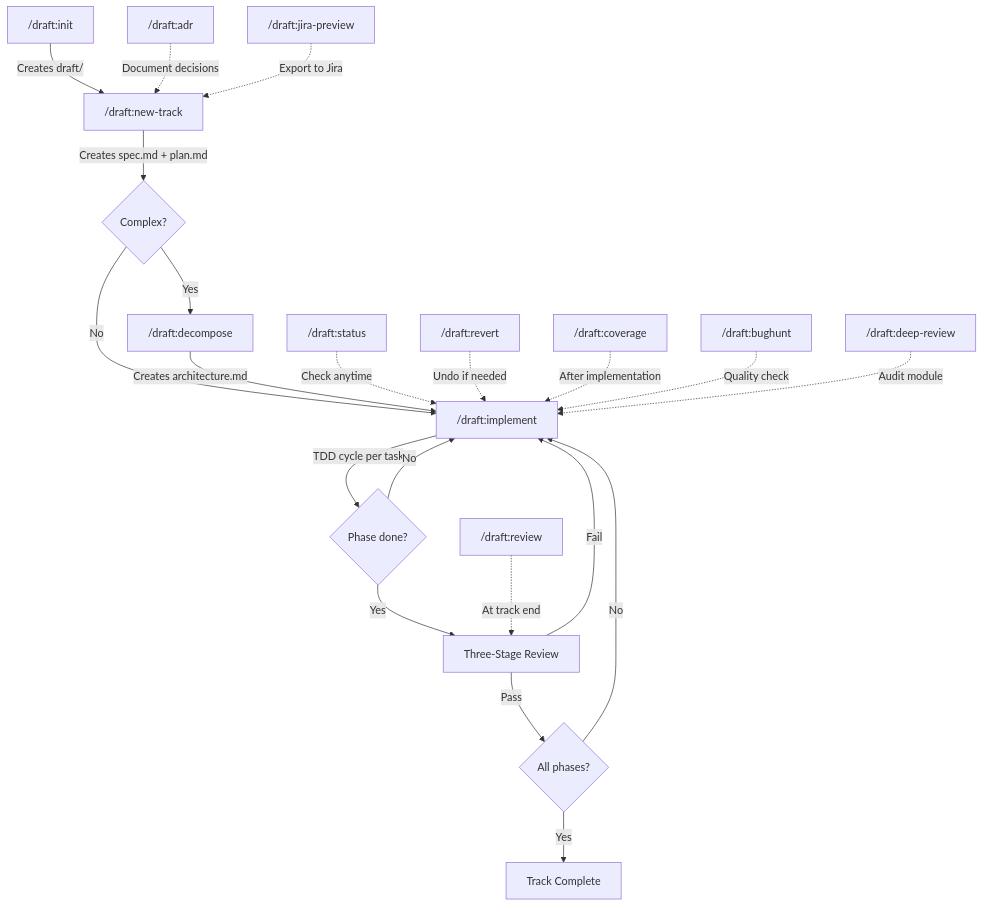
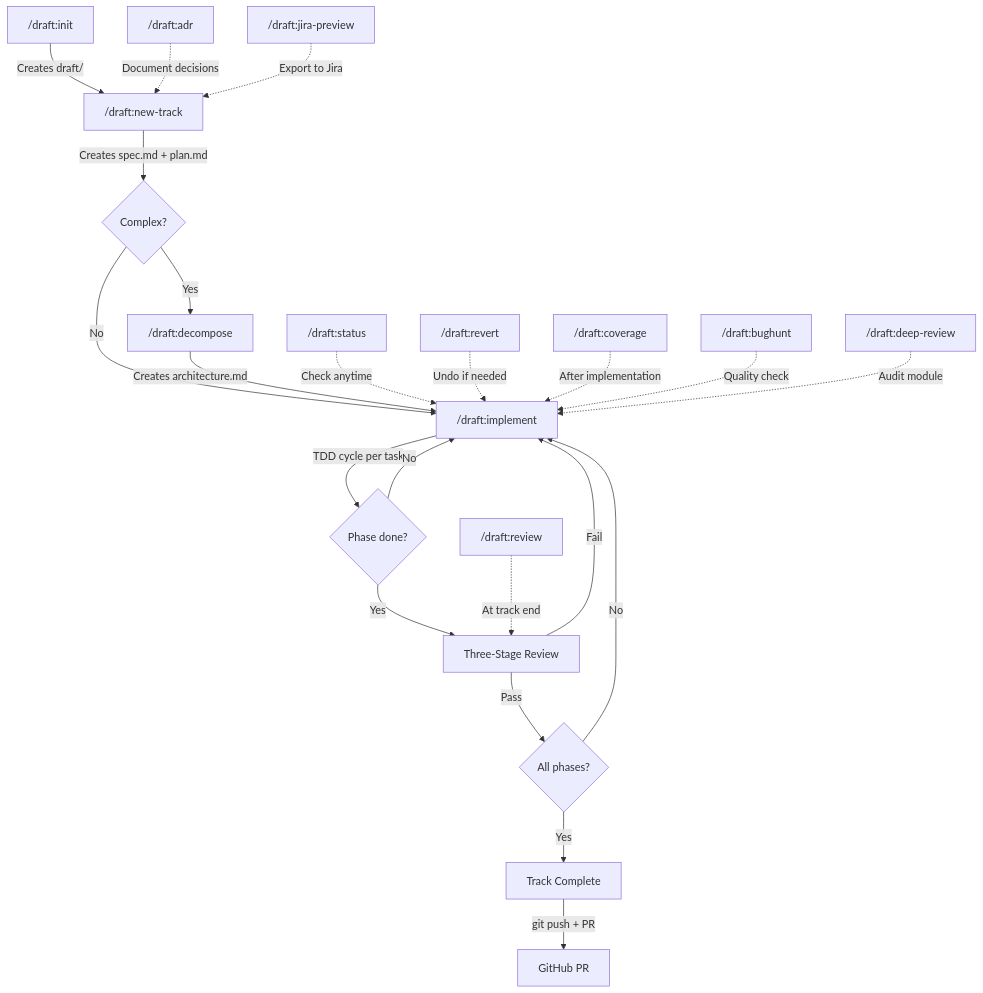
The first of 2 diagrams in core/methodology.md (mayurpise/draft), drawn with Mermaid before and after one commit. The commit also changed other lines of this file and 119 other files, not shown here.

First line of the commit message:
feat: graph engine, deterministic tools, expanded skills (v2.4.0)

````diff
--- a/core/methodology.md
+++ b/core/methodology.md
@@ -109,24 +107,25 @@
 ```mermaid
 graph TD
     A["/draft:init"] -->|"Creates draft/"| B["/draft:new-track"]
     B -->|"Creates spec.md + plan.md"| C{Complex?}
     C -->|Yes| D["/draft:decompose"]
     C -->|No| E["/draft:implement"]
     D -->|"Creates architecture.md"| E
     E -->|"TDD cycle per task"| F{Phase done?}
     F -->|No| E
     F -->|Yes| G["Three-Stage Review"]
     G -->|Pass| H{All phases?}
     G -->|Fail| E
     H -->|No| E
     H -->|Yes| I["Track Complete"]
+    I -->|"git push + PR"| U["GitHub PR"]
 
     J["/draft:status"] -.->|"Check anytime"| E
     K["/draft:revert"] -.->|"Undo if needed"| E
     L["/draft:coverage"] -.->|"After implementation"| E
     N["/draft:bughunt"] -.->|"Quality check"| E
     O["/draft:review"] -.->|"At track end"| G
     P["/draft:adr"] -.->|"Document decisions"| B
     Q["/draft:jira-preview"] -.->|"Export to Jira"| B
     R["/draft:deep-review"] -.->|"Audit module"| E
 ```
````
